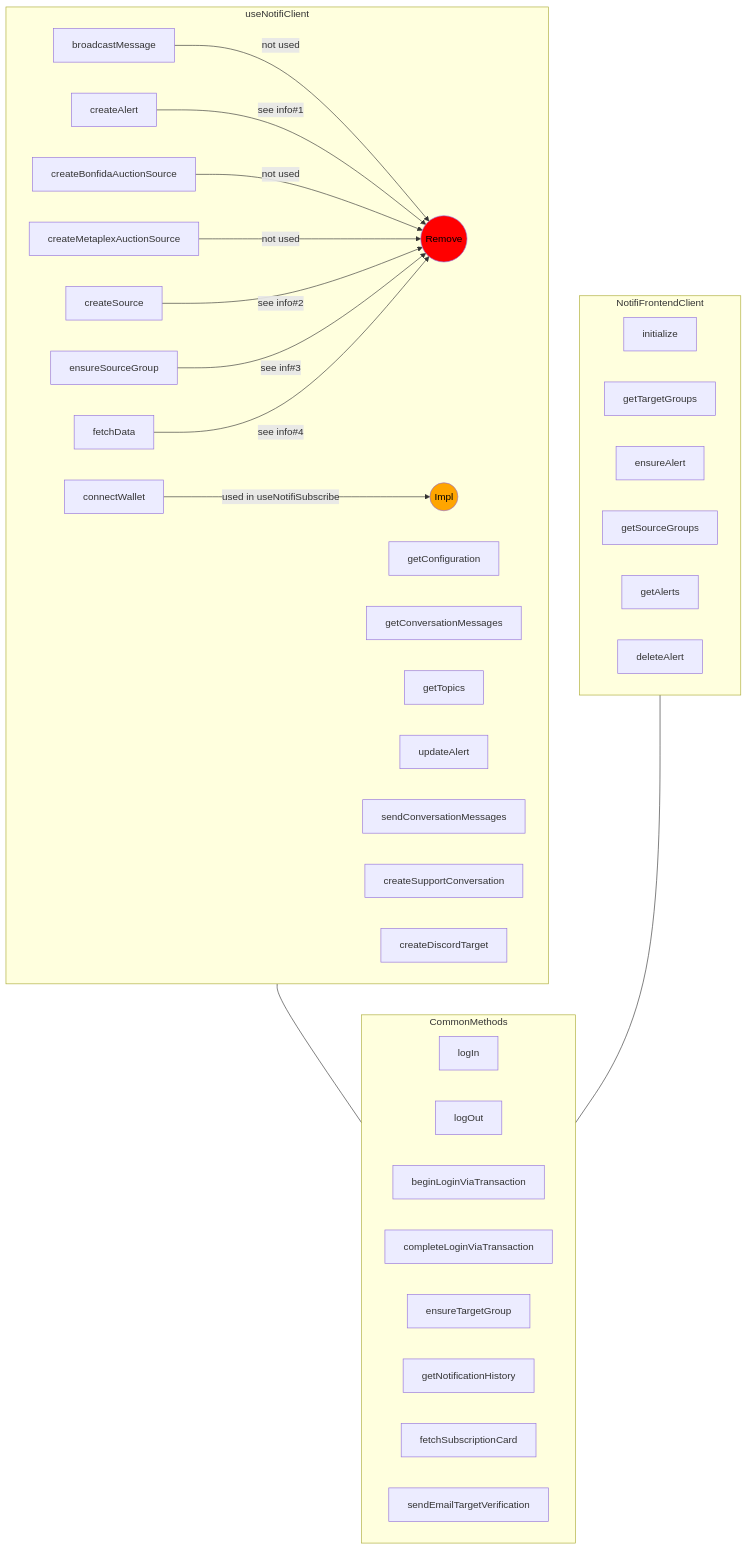
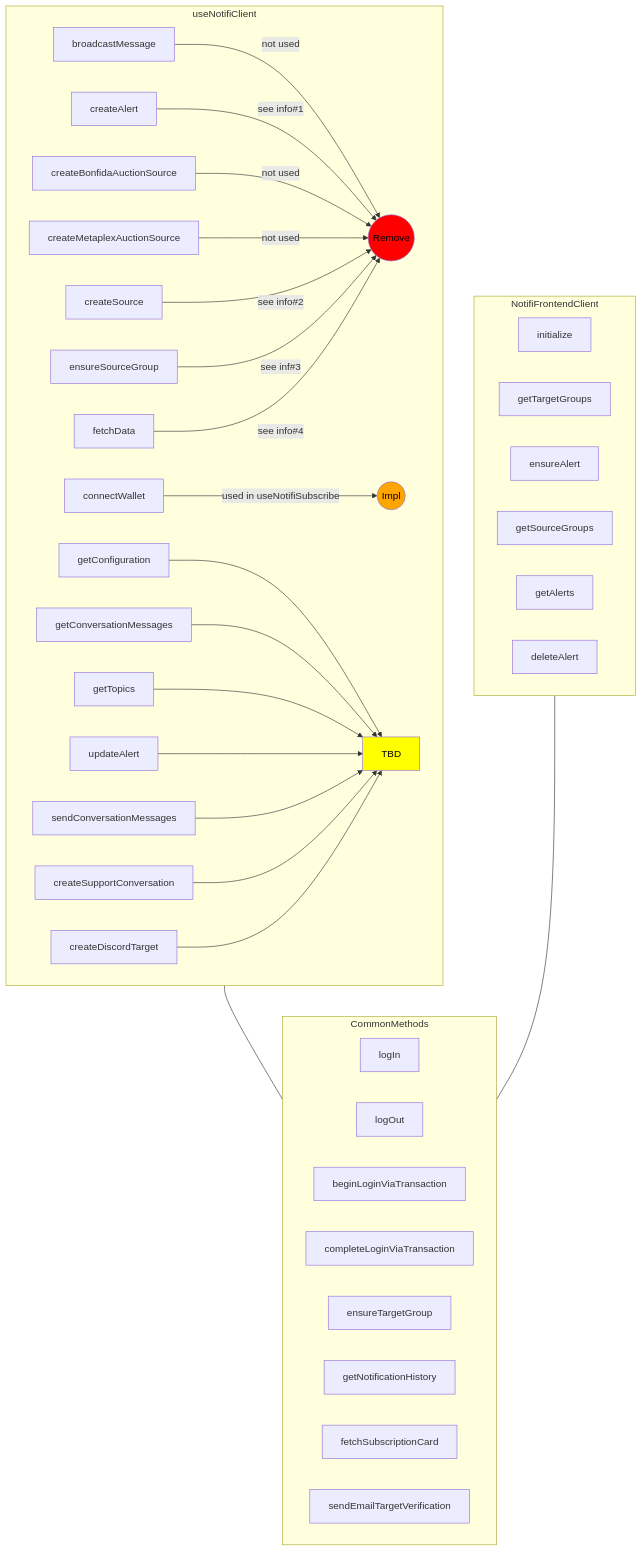
One commit to happyeric77/colorfullife-docs changed the third of 4 diagrams in docs/notifi/sdk-consolidate.md. Above: the diagram before and after it, drawn with Mermaid. The commit also changed other lines of this file, not shown here.

````diff
--- a/docs/notifi/sdk-consolidate.md
+++ b/docs/notifi/sdk-consolidate.md
@@ -122,62 +122,63 @@
 ```mermaid
 flowchart TB
   useNotifiClient --- CommonMethods
   NotifiFrontendClient --- CommonMethods
   subgraph useNotifiClient
     classDef removeColor fill:red,color:black;
     classDef implColor fill:orange,color:black;
     broadcastMessage --not used--> x((Remove)):::removeColor
 
     connectWallet --used in useNotifiSubscribe--> v((Impl)):::implColor
 
 
     createAlert --see info#1 -->x((Remove)):::removeColor
     createBonfidaAuctionSource --not used--> x((Remove)):::removeColor
     createMetaplexAuctionSource --not used--> x((Remove)):::removeColor
     createSource --see info#2 --> x((Remove)):::removeColor
     ensureSourceGroup --see inf#3 --> x((Remove)):::removeColor
 
     fetchData --see info#4 --> x((Remove)):::removeColor
 
-    getConfiguration
-    getConversationMessages
+    getConfiguration --> TBD:::tbdColor
+    classDef tbdColor fill:yellow,color:black;
+    getConversationMessages --> TBD:::tbdColor
 
-    getTopics
-    updateAlert
+    getTopics --> TBD:::tbdColor
+    updateAlert --> TBD:::tbdColor
 
-    sendConversationMessages
+    sendConversationMessages --> TBD:::tbdColor
 
-    createSupportConversation
-    createDiscordTarget
+    createSupportConversation --> TBD:::tbdColor
+    createDiscordTarget --> TBD:::tbdColor
   end
 
   subgraph NotifiFrontendClient
     initialize
 
 
 
 
     getTargetGroups
     ensureAlert
     getSourceGroups
     getAlerts
     ensureAlert
     deleteAlert
 
 
 
 
   end
   subgraph CommonMethods
     logIn
     logOut
     beginLoginViaTransaction
     completeLoginViaTransaction
     ensureTargetGroup
     deleteAlert
     getNotificationHistory
     fetchSubscriptionCard
     sendEmailTargetVerification
   end
 
 ```
````
